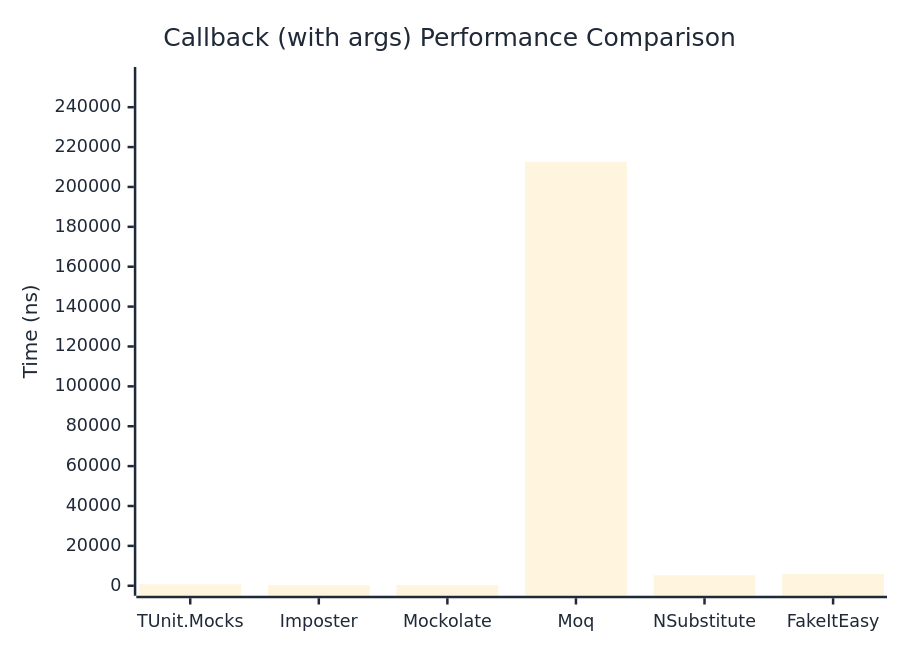
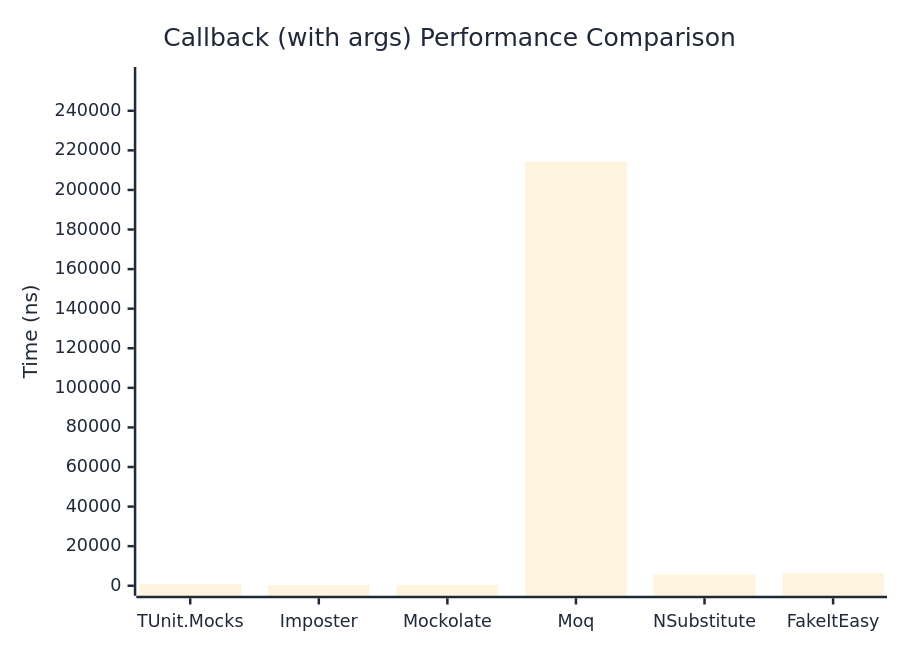
The second of 2 diagrams in docs/docs/benchmarks/mocks/Callback.md (thomhurst/TUnit), drawn with Mermaid before and after one commit. The commit also changed other lines of this file and 14 other files, not shown here.

````diff
--- a/docs/docs/benchmarks/mocks/Callback.md
+++ b/docs/docs/benchmarks/mocks/Callback.md
@@ -71,27 +71,27 @@
 ```mermaid
 %%{init: {
   'theme':'base',
   'themeVariables': {
     'primaryColor': '#2563eb',
     'primaryTextColor': '#1f2937',
     'primaryBorderColor': '#1e40af',
     'lineColor': '#6b7280',
     'secondaryColor': '#7c3aed',
     'tertiaryColor': '#dc2626',
     'background': '#ffffff',
     'pie1': '#2563eb',
     'pie2': '#7c3aed',
     'pie3': '#dc2626',
     'pie4': '#f59e0b',
     'pie5': '#10b981',
     'pie6': '#06b6d4',
     'pie7': '#ec4899',
     'pie8': '#6366f1'
   }
 }}%%
 xychart-beta
   title "Callback (with args) Performance Comparison"
   x-axis ["TUnit.Mocks", "Imposter", "Mockolate", "Moq", "NSubstitute", "FakeItEasy"]
-  y-axis "Time (ns)" 0 --> 255151
-  bar [722.5, 263.9, 354.6, 212625.2, 5204.2, 5912.2]
+  y-axis "Time (ns)" 0 --> 257065
+  bar [883.8, 305.6, 443.1, 214220.5, 5726.2, 6467.7]
 ```
````
